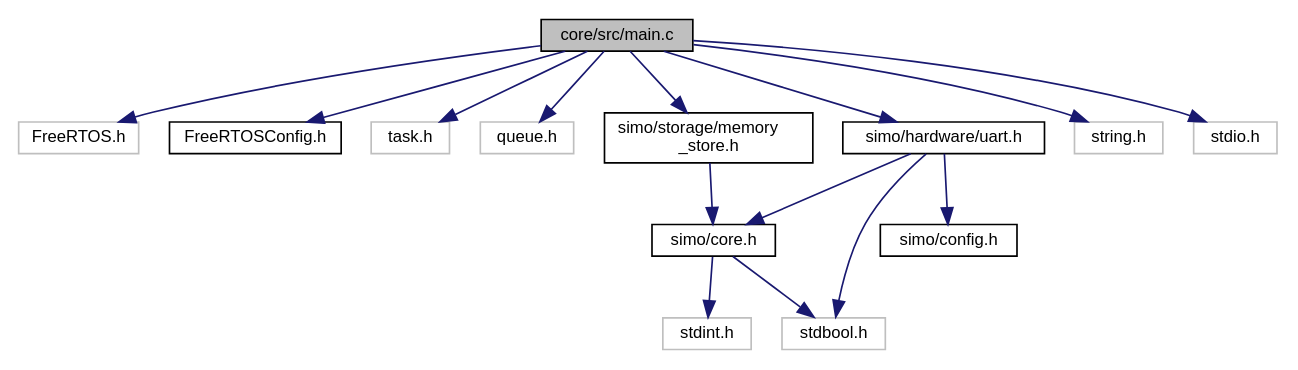
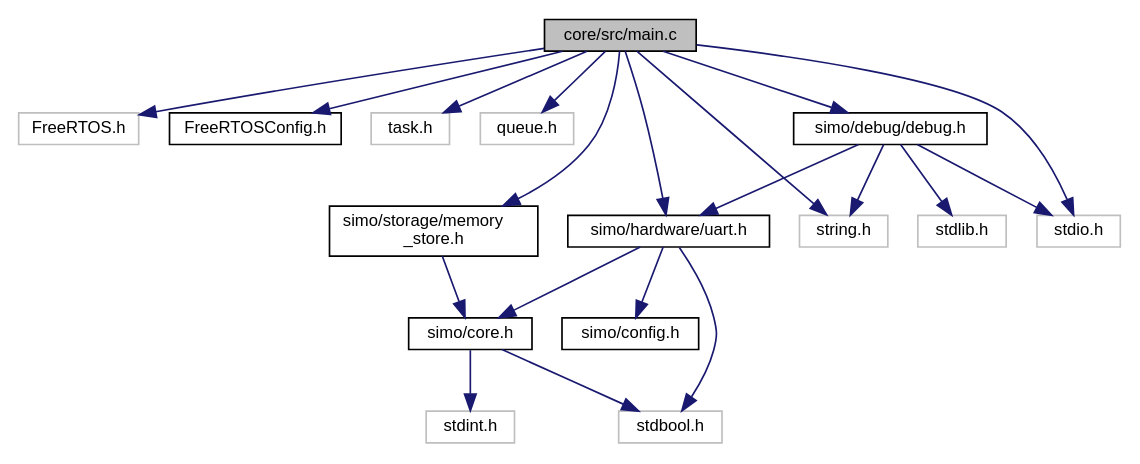
The diagram in docs/main_8c__incl.dot (Germanvelardez2018/simo.v2), drawn with Graphviz before and after one commit. The commit also changed 149 other files, not shown here.

```diff
--- a/docs/main_8c__incl.dot
+++ b/docs/main_8c__incl.dot
@@ -1,33 +1,40 @@
 digraph "core/src/main.c"
 {
  // LATEX_PDF_SIZE
   edge [fontname="Helvetica",fontsize="10",labelfontname="Helvetica",labelfontsize="10"];
   node [fontname="Helvetica",fontsize="10",shape=record];
   Node1 [label="core/src/main.c",height=0.2,width=0.4,color="black", fillcolor="grey75", style="filled", fontcolor="black",tooltip="Aplicacion SIMO v2."];
   Node1 -> Node2 [color="midnightblue",fontsize="10",style="solid",fontname="Helvetica"];
   Node2 [label="FreeRTOS.h",height=0.2,width=0.4,color="grey75", fillcolor="white", style="filled",tooltip=" "];
   Node1 -> Node3 [color="midnightblue",fontsize="10",style="solid",fontname="Helvetica"];
   Node3 [label="FreeRTOSConfig.h",height=0.2,width=0.4,color="black", fillcolor="white", style="filled",URL="$_free_r_t_o_s_config_8h.html",tooltip=" "];
   Node1 -> Node4 [color="midnightblue",fontsize="10",style="solid",fontname="Helvetica"];
   Node4 [label="task.h",height=0.2,width=0.4,color="grey75", fillcolor="white", style="filled",tooltip=" "];
   Node1 -> Node5 [color="midnightblue",fontsize="10",style="solid",fontname="Helvetica"];
   Node5 [label="queue.h",height=0.2,width=0.4,color="grey75", fillcolor="white", style="filled",tooltip=" "];
   Node1 -> Node6 [color="midnightblue",fontsize="10",style="solid",fontname="Helvetica"];
   Node6 [label="simo/hardware/uart.h",height=0.2,width=0.4,color="black", fillcolor="white", style="filled",URL="$uart_8h.html",tooltip="Header de capa para manejor del hardware UART (NIVEL 0)"];
   Node6 -> Node7 [color="midnightblue",fontsize="10",style="solid",fontname="Helvetica"];
   Node7 [label="simo/core.h",height=0.2,width=0.4,color="black", fillcolor="white", style="filled",URL="$core_8h.html",tooltip="Core de la aplicacion. En este archivo van elementos indispensables para la aplicacion...."];
   Node7 -> Node8 [color="midnightblue",fontsize="10",style="solid",fontname="Helvetica"];
   Node8 [label="stdbool.h",height=0.2,width=0.4,color="grey75", fillcolor="white", style="filled",tooltip=" "];
   Node7 -> Node9 [color="midnightblue",fontsize="10",style="solid",fontname="Helvetica"];
   Node9 [label="stdint.h",height=0.2,width=0.4,color="grey75", fillcolor="white", style="filled",tooltip=" "];
   Node6 -> Node10 [color="midnightblue",fontsize="10",style="solid",fontname="Helvetica"];
   Node10 [label="simo/config.h",height=0.2,width=0.4,color="black", fillcolor="white", style="filled",URL="$config_8h.html",tooltip="Archivo con configuraciones y definiciones. Se incluye en la mayoria de los modulos."];
   Node6 -> Node8 [color="midnightblue",fontsize="10",style="solid",fontname="Helvetica"];
   Node1 -> Node11 [color="midnightblue",fontsize="10",style="solid",fontname="Helvetica"];
   Node11 [label="simo/storage/memory\l_store.h",height=0.2,width=0.4,color="black", fillcolor="white", style="filled",URL="$memory__store_8h.html",tooltip="Driver para memory."];
   Node11 -> Node7 [color="midnightblue",fontsize="10",style="solid",fontname="Helvetica"];
   Node1 -> Node12 [color="midnightblue",fontsize="10",style="solid",fontname="Helvetica"];
-  Node12 [label="string.h",height=0.2,width=0.4,color="grey75", fillcolor="white", style="filled",tooltip=" "];
+  Node12 [label="simo/debug/debug.h",height=0.2,width=0.4,color="black", fillcolor="white", style="filled",URL="$debug_8h.html",tooltip="Objeto debug y funciones asociadas."];
+  Node12 -> Node6 [color="midnightblue",fontsize="10",style="solid",fontname="Helvetica"];
+  Node12 -> Node13 [color="midnightblue",fontsize="10",style="solid",fontname="Helvetica"];
+  Node13 [label="string.h",height=0.2,width=0.4,color="grey75", fillcolor="white", style="filled",tooltip=" "];
+  Node12 -> Node14 [color="midnightblue",fontsize="10",style="solid",fontname="Helvetica"];
+  Node14 [label="stdio.h",height=0.2,width=0.4,color="grey75", fillcolor="white", style="filled",tooltip=" "];
+  Node12 -> Node15 [color="midnightblue",fontsize="10",style="solid",fontname="Helvetica"];
+  Node15 [label="stdlib.h",height=0.2,width=0.4,color="grey75", fillcolor="white", style="filled",tooltip=" "];
   Node1 -> Node13 [color="midnightblue",fontsize="10",style="solid",fontname="Helvetica"];
-  Node13 [label="stdio.h",height=0.2,width=0.4,color="grey75", fillcolor="white", style="filled",tooltip=" "];
+  Node1 -> Node14 [color="midnightblue",fontsize="10",style="solid",fontname="Helvetica"];
 }
```
